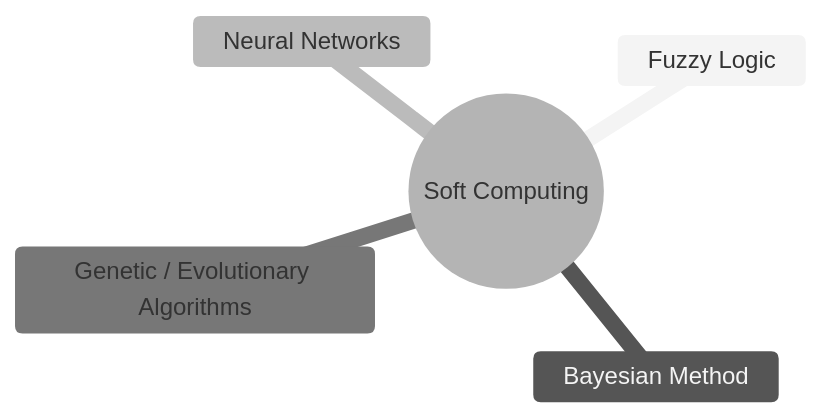
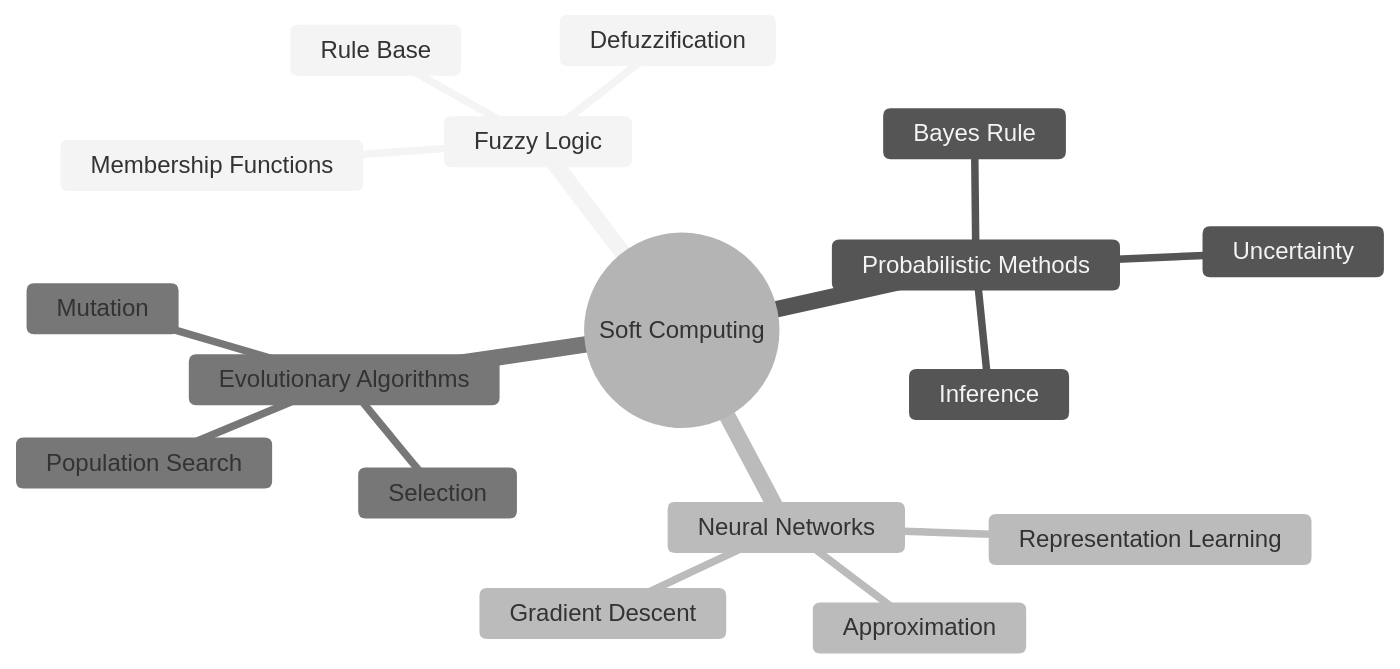
One commit to BriceLucifer/BriceLucifer.github.io changed the diagram in content/posts/MAI/COMPSCI-713/softcomputing.md. Above: the diagram before and after it, drawn with Mermaid (neutral theme). The commit also changed other lines of this file and 3 other files, not shown here.

```diff
--- a/content/posts/MAI/COMPSCI-713/softcomputing.md
+++ b/content/posts/MAI/COMPSCI-713/softcomputing.md
@@ -16,8 +15,20 @@
 <div class="mermaid">
 mindmap
   root((Soft Computing))
     Fuzzy Logic
-    Bayesian Method
+      Membership Functions
+      Rule Base
+      Defuzzification
+    Probabilistic Methods
+      Bayes Rule
+      Uncertainty
+      Inference
     Neural Networks
-    Genetic / Evolutionary Algorithms
+      Representation Learning
+      Approximation
+      Gradient Descent
+    Evolutionary Algorithms
+      Population Search
+      Mutation
+      Selection
 </div>
```
